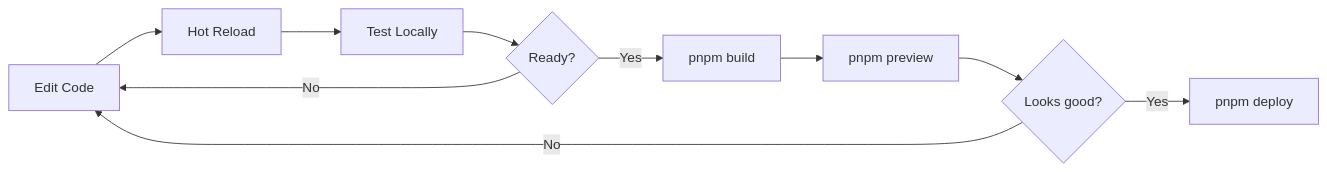
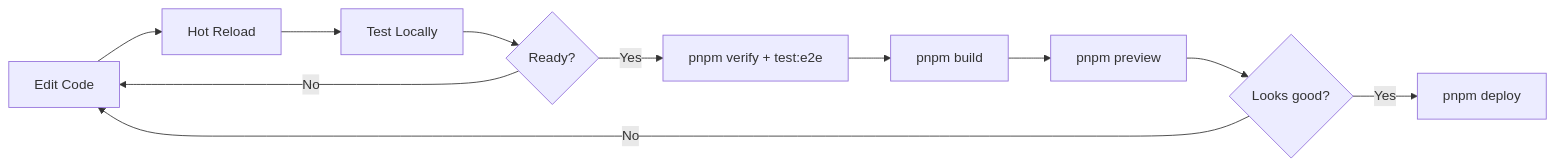
Before and after one commit to Dreamcoder08/DreamFolio: the diagram in docs/guides/getting-started.md, drawn with Mermaid. The commit also changed other lines of this file and 2 other files, not shown here.

````diff
--- a/docs/guides/getting-started.md
+++ b/docs/guides/getting-started.md
@@ -87,12 +95,13 @@
 ```mermaid
 flowchart LR
     A[Edit Code] --> B[Hot Reload]
     B --> C[Test Locally]
     C --> D{Ready?}
     D -->|No| A
-    D -->|Yes| E[pnpm build]
-    E --> F[pnpm preview]
-    F --> G{Looks good?}
-    G -->|No| A
-    G -->|Yes| H[pnpm deploy]
+    D -->|Yes| E[pnpm verify + test:e2e]
+    E --> F[pnpm build]
+    F --> G[pnpm preview]
+    G --> H{Looks good?}
+    H -->|No| A
+    H -->|Yes| I[pnpm deploy]
 ```
````
